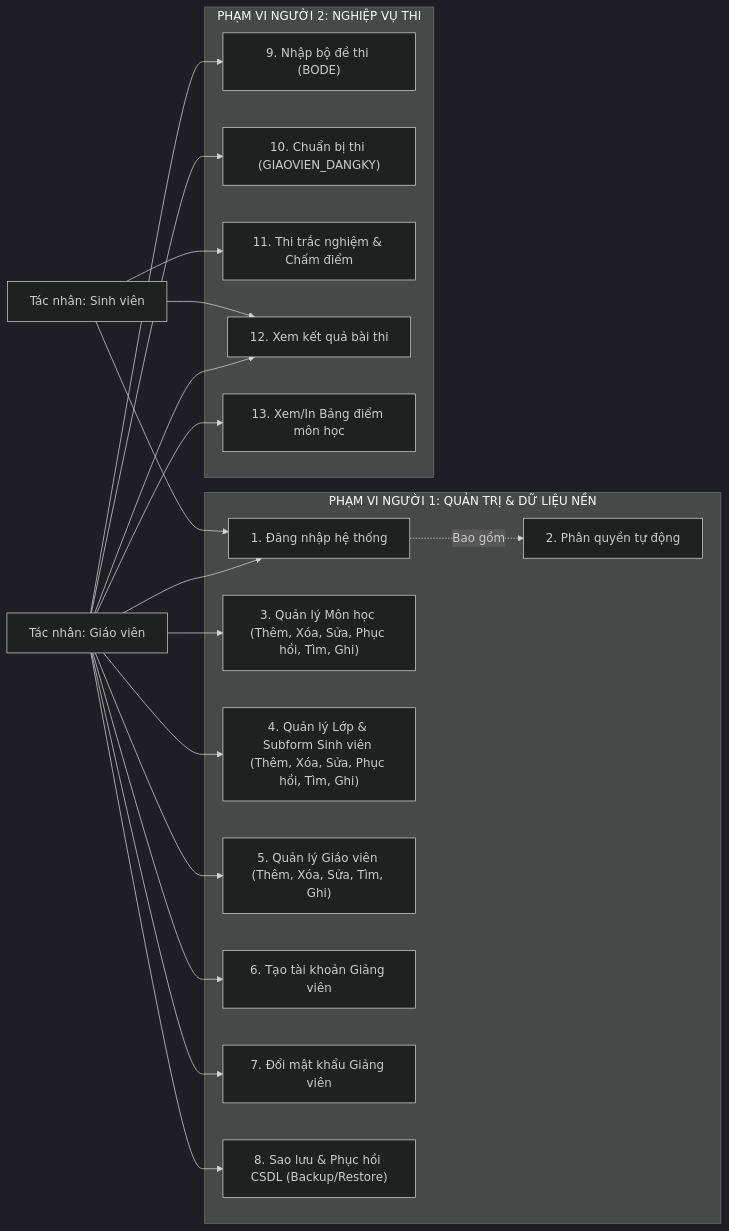
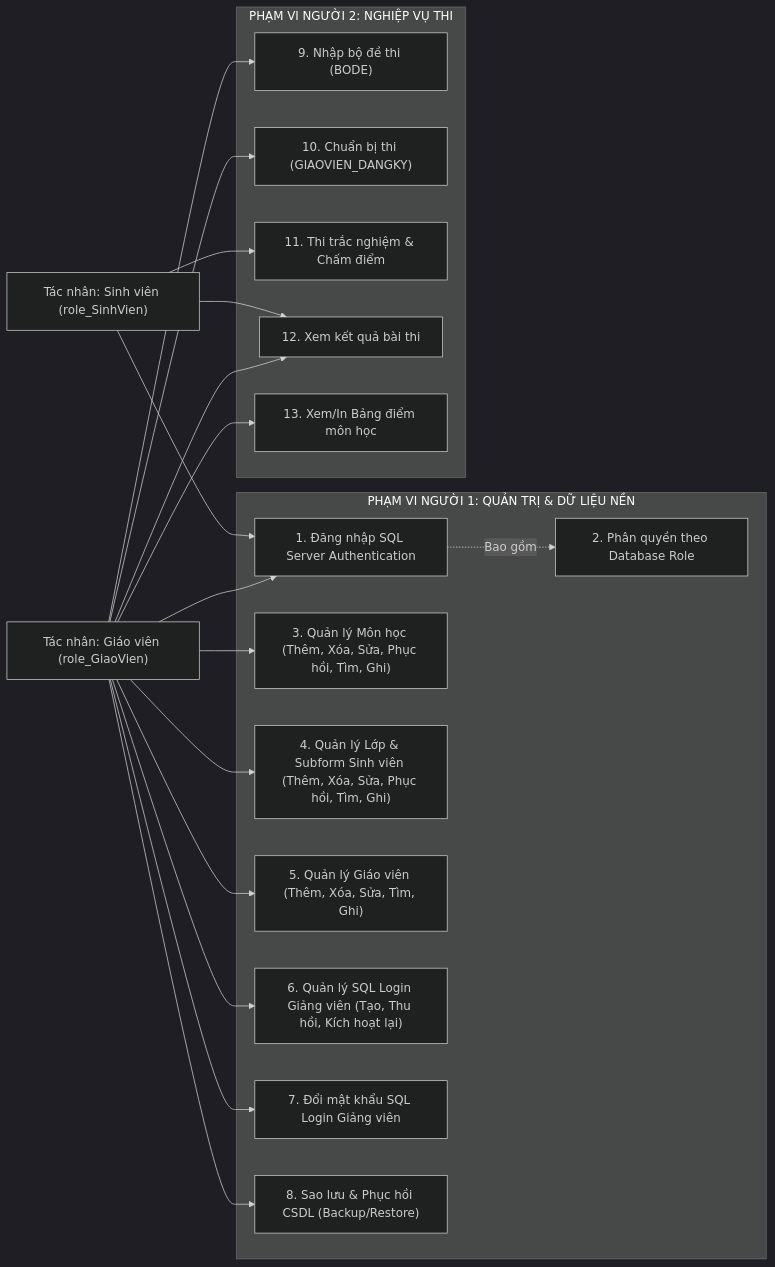
One commit to matt0-ohntam/THITRACNGHIEM changed the first of 2 diagrams in docs/01_PHAN_TICH_NGHIEP_VU.md. Above: the diagram before and after it, drawn with Mermaid (dark theme). The commit also changed other lines of this file and 30 other files, not shown here.

Commit message:
Update: Migrate authentication to SQL Server Login/Role, add FrmBackupRestore & test docs

````diff
--- a/docs/01_PHAN_TICH_NGHIEP_VU.md
+++ b/docs/01_PHAN_TICH_NGHIEP_VU.md
@@ -54,41 +49,41 @@
 ```mermaid
 flowchart LR
-    GV["Tác nhân: Giáo viên"]
-    SV["Tác nhân: Sinh viên"]
+    GV["Tác nhân: Giáo viên (role_GiaoVien)"]
+    SV["Tác nhân: Sinh viên (role_SinhVien)"]
 
     subgraph N1["PHẠM VI NGƯỜI 1: QUẢN TRỊ & DỮ LIỆU NỀN"]
-        UC1["1. Đăng nhập hệ thống"]
-        UC2["2. Phân quyền tự động"]
+        UC1["1. Đăng nhập SQL Server Authentication"]
+        UC2["2. Phân quyền theo Database Role"]
         UC3["3. Quản lý Môn học (Thêm, Xóa, Sửa, Phục hồi, Tìm, Ghi)"]
         UC4["4. Quản lý Lớp & Subform Sinh viên (Thêm, Xóa, Sửa, Phục hồi, Tìm, Ghi)"]
         UC5["5. Quản lý Giáo viên (Thêm, Xóa, Sửa, Tìm, Ghi)"]
-        UC6["6. Tạo tài khoản Giảng viên"]
-        UC7["7. Đổi mật khẩu Giảng viên"]
+        UC6["6. Quản lý SQL Login Giảng viên (Tạo, Thu hồi, Kích hoạt lại)"]
+        UC7["7. Đổi mật khẩu SQL Login Giảng viên"]
         UC8["8. Sao lưu & Phục hồi CSDL (Backup/Restore)"]
     end
 
     subgraph N2["PHẠM VI NGƯỜI 2: NGHIỆP VỤ THI"]
         UC9["9. Nhập bộ đề thi (BODE)"]
         UC10["10. Chuẩn bị thi (GIAOVIEN_DANGKY)"]
         UC11["11. Thi trắc nghiệm & Chấm điểm"]
         UC12["12. Xem kết quả bài thi"]
         UC13["13. Xem/In Bảng điểm môn học"]
     end
 
     GV --> UC1
     GV --> UC3
     GV --> UC4
     GV --> UC5
     GV --> UC6
     GV --> UC7
     GV --> UC8
     GV --> UC9
     GV --> UC10
     GV --> UC12
     GV --> UC13
 
     SV --> UC1
     SV --> UC11
     SV --> UC12
     UC1 -.->|"Bao gồm"| UC2
 ```
````
